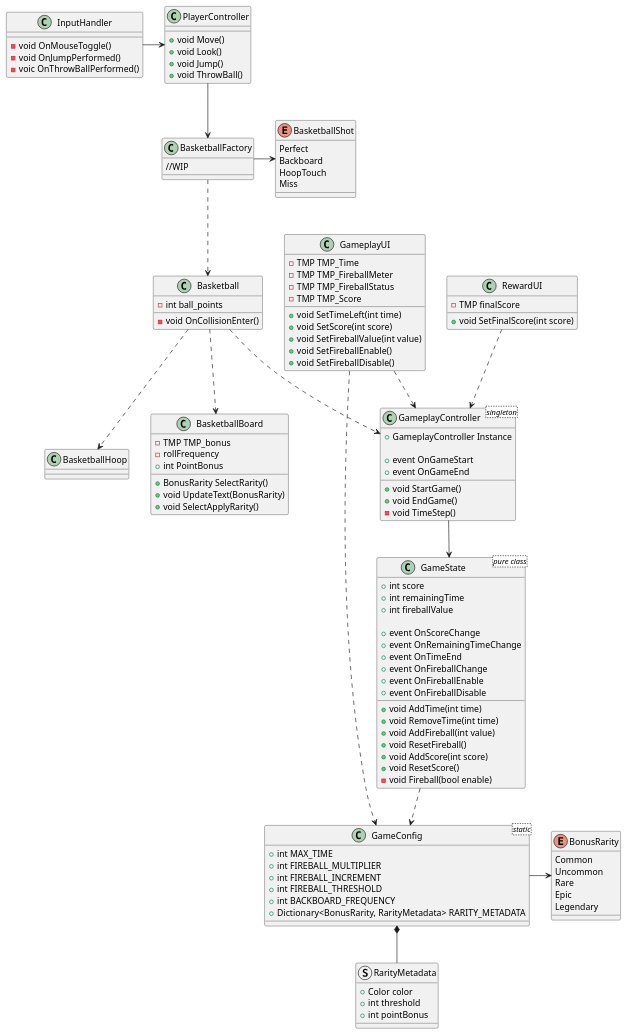
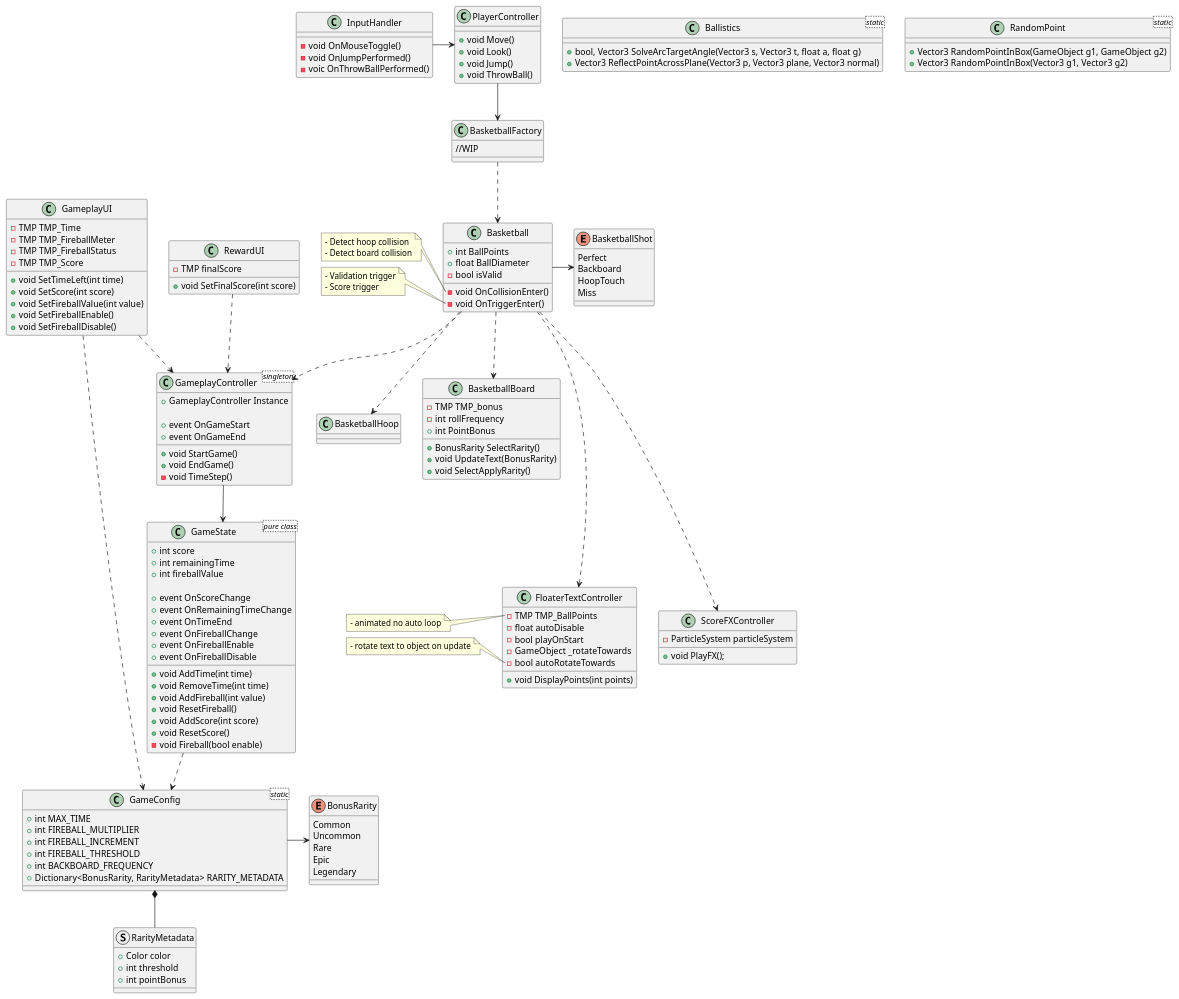
One commit to ItsAuro/grzegorz.mikulski.basket-challenge changed the diagram in Docs/ApplicationDiagram.puml. Above: the diagram before and after it, drawn with PlantUML.

Commit message:
Updated UML to match updates
- added utility classes RandomPoint, Ballistics
- added moved BasketballShot enumerator
- added classes that display score

```diff
--- a/Docs/ApplicationDiagram.puml
+++ b/Docs/ApplicationDiagram.puml
@@ -1,145 +1,183 @@
 'UTILITY AND CONFIG'
 class "GameConfig<static>" as GameConfig{
   + int MAX_TIME
   + int FIREBALL_MULTIPLIER
   + int FIREBALL_INCREMENT
   + int FIREBALL_THRESHOLD
   + int BACKBOARD_FREQUENCY
   + Dictionary<BonusRarity, RarityMetadata> RARITY_METADATA
 }
 enum BonusRarity{
   Common
   Uncommon
   Rare
   Epic
   Legendary
 }
 struct RarityMetadata{
   + Color color
   + int threshold
   + int pointBonus
 }
-
+class "Ballistics<static>" as Ballistics{
+  + bool, Vector3 SolveArcTargetAngle(Vector3 s, Vector3 t, float a, float g)
+  + Vector3 ReflectPointAcrossPlane(Vector3 p, Vector3 plane, Vector3 normal)
+}
+class "RandomPoint<static>" as RandomPoint{
+  + Vector3 RandomPointInBox(GameObject g1, GameObject g2)
+  + Vector3 RandomPointInBox(Vector3 g1, Vector3 g2)
+  
+}
 enum BasketballShot{
   Perfect
   Backboard
   HoopTouch
   Miss
 }
+
+
 class "GameState<pure class>" as GameState{
   + int score
   + int remainingTime
   + int fireballValue
   
   + event OnScoreChange
   + event OnRemainingTimeChange
   + event OnTimeEnd
   + event OnFireballChange
   + event OnFireballEnable
   + event OnFireballDisable
   
   + void AddTime(int time)
   + void RemoveTime(int time)
   + void AddFireball(int value)
   + void ResetFireball()
   + void AddScore(int score)
   + void ResetScore()
   - void Fireball(bool enable)
 }
 class "GameplayController<singleton>" as GameplayController{
   + GameplayController Instance
   
   + event OnGameStart
   + event OnGameEnd
 
   + void StartGame()
   + void EndGame()
   - void TimeStep()
   
 }
 
 'PLAYER CLASSES'
 class InputHandler{
   - void OnMouseToggle()
   - void OnJumpPerformed()
   - voic OnThrowBallPerformed()
 }
 class PlayerController{
   + void Move()
   + void Look()
   + void Jump()
   + void ThrowBall()
 }
 
 'UI ELEMENTS'
 class GameplayUI{
   - TMP TMP_Time
   - TMP TMP_FireballMeter
   - TMP TMP_FireballStatus
   - TMP TMP_Score
   
   + void SetTimeLeft(int time)
   + void SetScore(int score)
   + void SetFireballValue(int value)
   + void SetFireballEnable()
   + void SetFireballDisable()
 }
 class RewardUI{
   - TMP finalScore
   
   + void SetFinalScore(int score)
 }
+class FloaterTextController{
+  - TMP TMP_BallPoints
+  - float autoDisable
+  - bool playOnStart
+  - GameObject _rotateTowards
+  - bool autoRotateTowards
+  
+  + void DisplayPoints(int points)
+}
+note left of FloaterTextController::TMP_BallPoints
+- animated no auto loop
+end note
+note left of FloaterTextController::autoRotateTowards
+- rotate text to object on update
+end note
+class ScoreFXController{
+  - ParticleSystem particleSystem
+  
+  + void PlayFX();
+}
 
 
 'BASKET RELATED CLASSES'
 class BasketballHoop{
 
 }
 class BasketballBoard{
   - TMP TMP_bonus
-  - rollFrequency
+  - int rollFrequency
   + int PointBonus
   
   + BonusRarity SelectRarity()
   + void UpdateText(BonusRarity)
   + void SelectApplyRarity()
 }
 class BasketballFactory{
   //WIP
 }
 class Basketball{
-  - int ball_points
+  + int BallPoints
+  + float BallDiameter
+  - bool isValid
   - void OnCollisionEnter() 
+  - void OnTriggerEnter()
 }
-note left of Basketball::OnCollision()
+note left of Basketball::OnCollisionEnter()
 - Detect hoop collision
 - Detect board collision
-- Detect scored
+end note
+note left of Basketball::OnTriggerEnter()
+- Validation trigger
+- Score trigger
 end note
 
 
 
 
 
 
 
 
 
 InputHandler -> PlayerController
 PlayerController --> BasketballFactory
 
 GameplayController --> GameState
 GameState ..> GameConfig
 GameConfig -> BonusRarity
 GameConfig *-- RarityMetadata
 
 GameplayUI ..> GameplayController
 GameplayUI ..> GameConfig
 RewardUI ..> GameplayController
 
-BasketballFactory -> BasketballShot
 BasketballFactory ..> Basketball
 
 Basketball ..> BasketballHoop
 Basketball ..> BasketballBoard
 Basketball ..> GameplayController
+Basketball -> BasketballShot
+Basketball ...> FloaterTextController
+Basketball ...> ScoreFXController
```
